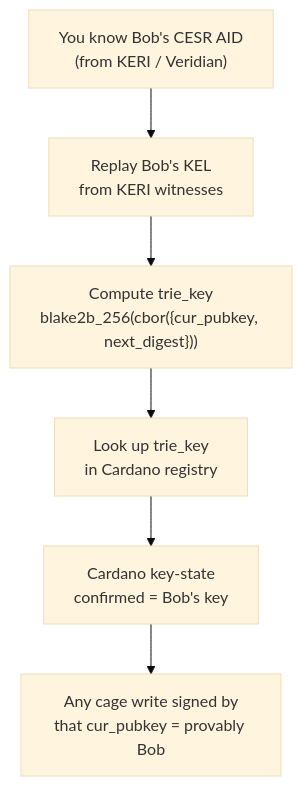
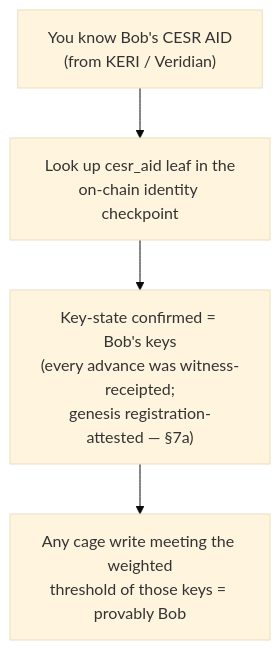
Before and after one commit to lambdasistemi/cardano-keri: the diagram in docs/design/user-experience.md, drawn with Mermaid (base theme). The commit also changed other lines of this file and 9 other files, not shown here.

````diff
--- a/docs/design/user-experience.md
+++ b/docs/design/user-experience.md
@@ -9,11 +19,9 @@
 ```mermaid
 flowchart TD
     A["You know Bob's CESR AID<br/>(from KERI / Veridian)"]
-    B["Replay Bob's KEL<br/>from KERI witnesses"]
-    C["Compute trie_key<br/>blake2b_256(cbor({cur_pubkey, next_digest}))"]
-    D["Look up trie_key<br/>in Cardano registry"]
-    E["Cardano key-state<br/>confirmed = Bob's key"]
-    F["Any cage write signed by<br/>that cur_pubkey = provably Bob"]
+    D["Look up cesr_aid leaf in the<br/>on-chain identity checkpoint"]
+    E["Key-state confirmed = Bob's keys<br/>(every advance was witness-receipted;<br/>genesis registration-attested — §7a)"]
+    F["Any cage write meeting the weighted<br/>threshold of those keys = provably Bob"]
 
-    A --> B --> C --> D --> E --> F
+    A --> D --> E --> F
 ```
````
